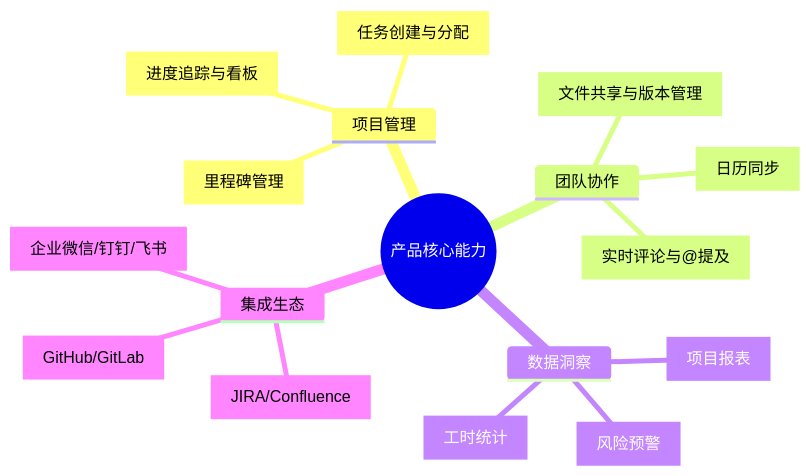
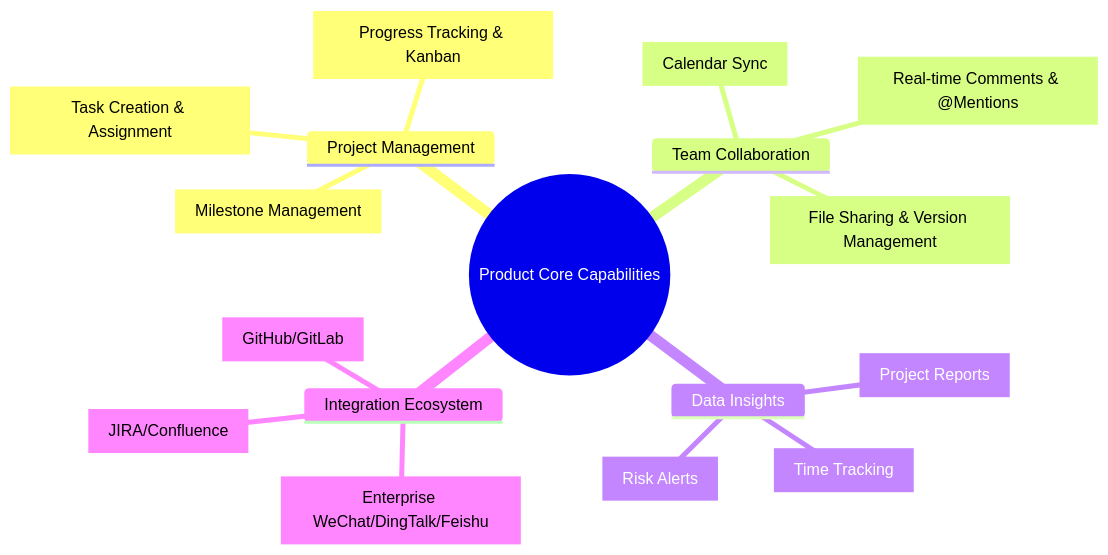
One commit to Kirky-X/cangjie changed the second of 7 diagrams in templates/产品/运营层/【模板】用户手册.md. Above: the diagram before and after it, drawn with Mermaid. The commit also changed other lines of this file and 46 other files, not shown here.

````diff
--- a/templates/产品/运营层/【模板】用户手册.md
+++ b/templates/产品/运营层/【模板】用户手册.md
@@ -101,20 +101,20 @@
 ```mermaid
 mindmap
-  root((产品核心能力))
-    项目管理
-      [任务创建与分配]
-      [进度追踪与看板]
-      [里程碑管理]
-    团队协作
-      [实时评论与@提及]
-      [文件共享与版本管理]
-      [日历同步]
-    数据洞察
-      [项目报表]
-      [工时统计]
-      [风险预警]
-    集成生态
-      [企业微信/钉钉/飞书]
+  root((Product Core Capabilities))
+    Project Management
+      [Task Creation & Assignment]
+      [Progress Tracking & Kanban]
+      [Milestone Management]
+    Team Collaboration
+      [Real-time Comments & @Mentions]
+      [File Sharing & Version Management]
+      [Calendar Sync]
+    Data Insights
+      [Project Reports]
+      [Time Tracking]
+      [Risk Alerts]
+    Integration Ecosystem
+      [Enterprise WeChat/DingTalk/Feishu]
       [GitHub/GitLab]
       [JIRA/Confluence]
 ```
````
